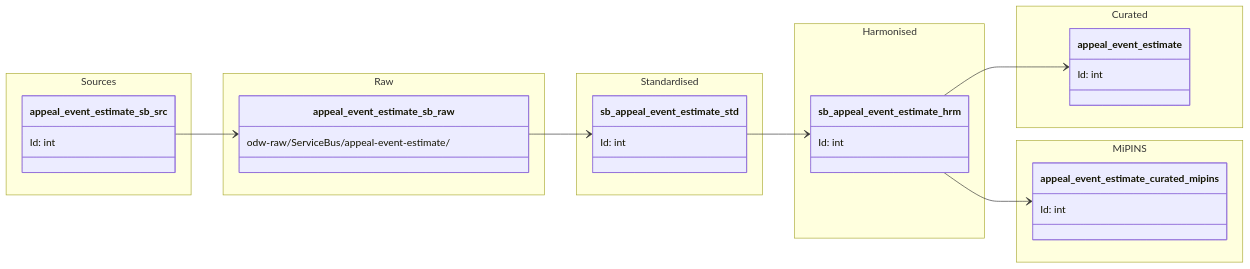
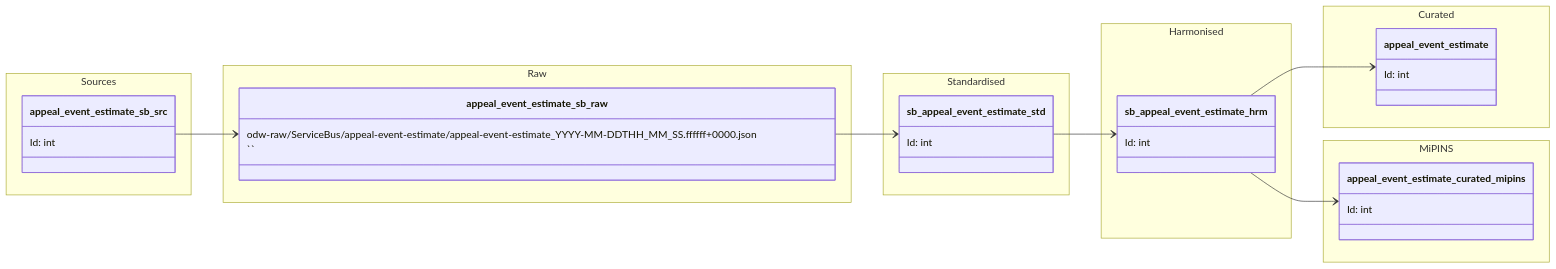
The diagram in data-models/appeal-event-estimate.md (Planning-Inspectorate/odw-synapse-workspace), drawn with Mermaid before and after one commit. The commit also changed other lines of this file, not shown here.

````diff
--- a/data-models/appeal-event-estimate.md
+++ b/data-models/appeal-event-estimate.md
@@ -7,57 +8,58 @@
 ```mermaid
 classDiagram
 
     direction LR
 
     namespace Sources {
 
         class appeal_event_estimate_sb_src {
             Id: int
         }
     }
 
     namespace Raw {
 
         class appeal_event_estimate_sb_raw {
-            odw-raw/ServiceBus/appeal-event-estimate/
+            odw-raw/ServiceBus/appeal-event-estimate/appeal-event-estimate_YYYY-MM-DDTHH_MM_SS.ffffff+0000.json
+``
         }
     }
 
     namespace Standardised {
 
         class sb_appeal_event_estimate_std {
             Id: int
         }
     }
 
     namespace Harmonised {
 
         class sb_appeal_event_estimate_hrm {
             Id: int
         }
     }
 
     namespace Curated {
 
         class appeal_event_estimate {
             Id: int
         }
     }
 
     namespace MiPINS {
 
         class appeal_event_estimate_curated_mipins {
             Id: int
         }
     }
 
     appeal_event_estimate_sb_src --> appeal_event_estimate_sb_raw
 
     appeal_event_estimate_sb_raw --> sb_appeal_event_estimate_std
 
     sb_appeal_event_estimate_std --> sb_appeal_event_estimate_hrm
 
     sb_appeal_event_estimate_hrm --> appeal_event_estimate
 
     sb_appeal_event_estimate_hrm --> appeal_event_estimate_curated_mipins
 ```
````
